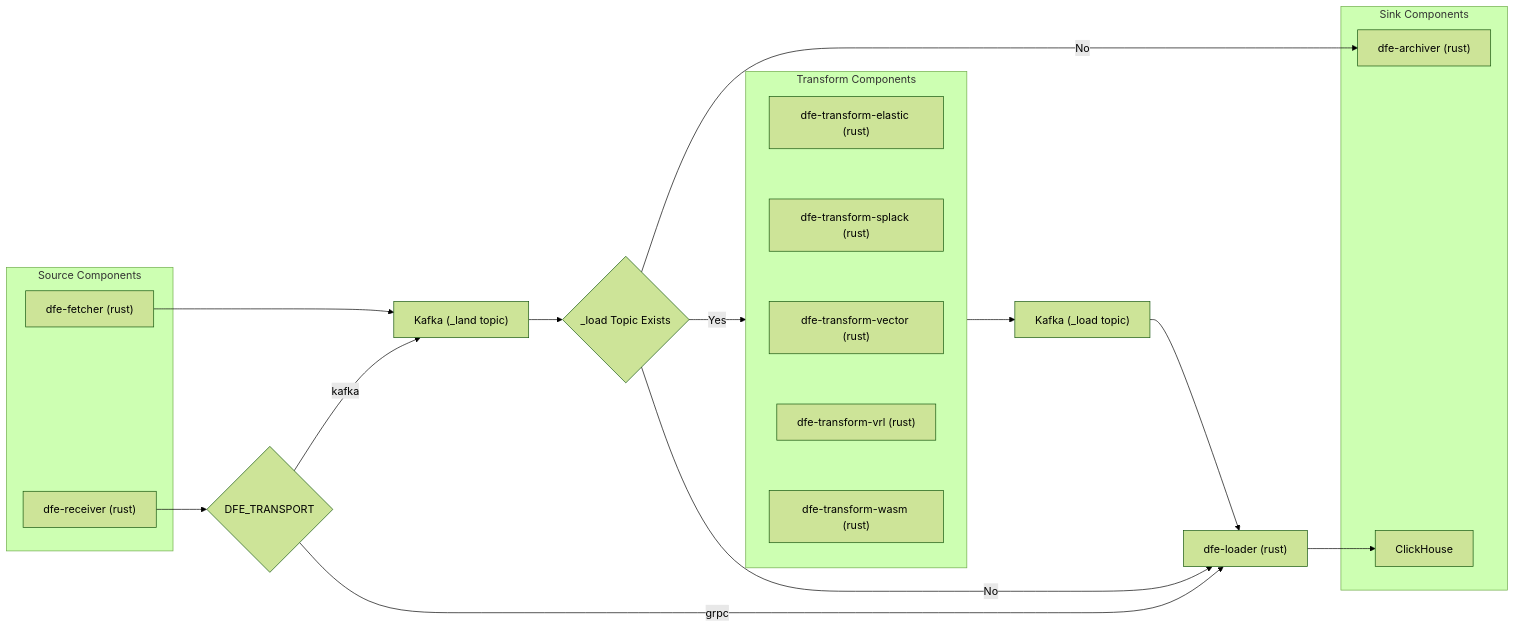
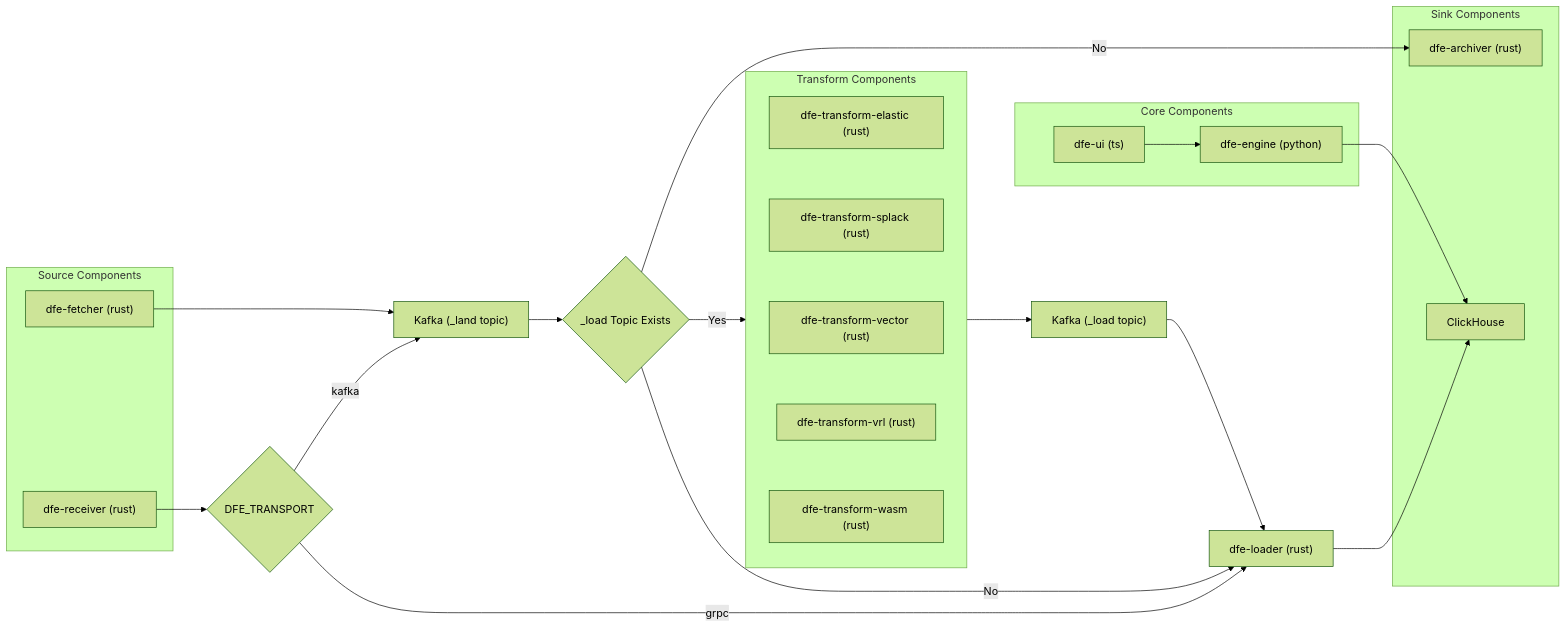
Before and after one commit to hyperi-io/dfe-docker: the diagram in docs/SCOPE.md, drawn with Mermaid (forest theme). The commit also changed other lines of this file and 1 other file, not shown here.

Commit message:
fix: Update doco and add point to dfe-engine

````diff
--- a/docs/SCOPE.md
+++ b/docs/SCOPE.md
@@ -23,48 +13,59 @@
 ```mermaid
 flowchart LR
 	dfe_archiver["dfe-archiver (rust)"]
 	dfe_fetcher["dfe-fetcher (rust)"]
 	dfe_loader["dfe-loader (rust)"]
 	dfe_receiver["dfe-receiver (rust)"]
 	dfe_t_elastic["dfe-transform-elastic (rust)"]
 	dfe_t_splack["dfe-transform-splack (rust)"]
 	dfe_t_vector["dfe-transform-vector (rust)"]
 	dfe_t_vrl["dfe-transform-vrl (rust)"]
 	dfe_t_wasm["dfe-transform-wasm (rust)"]
 
 	clickhouse["ClickHouse"]
 	kafka_land["Kafka (_land topic)"]
 	kafka_load["Kafka (_load topic)"]
+
+	dfe_engine["dfe-engine (python)"]
+	dfe_ui["dfe-ui (ts)"]
 
 	c_dfe_transport{"DFE_TRANSPORT"}
 	c_load_topic_exists{"_load Topic Exists"}
 
 	subgraph source_components [Source Components]
 		dfe_fetcher
 		dfe_receiver
 	end
 
 	subgraph transform_components [Transform Components]
 		direction TB
 		dfe_t_elastic ~~~ dfe_t_splack ~~~ dfe_t_vector ~~~ dfe_t_vrl ~~~ dfe_t_wasm
 	end
 
 	subgraph sink_components [Sink Components]
 		dfe_archiver
 		clickhouse
 	end
 
+	subgraph core_components [Core Components]
+		dfe_engine
+		dfe_ui
+	end
+
 	dfe_receiver --> c_dfe_transport
 	c_dfe_transport -- grpc --> dfe_loader
 	c_dfe_transport -- kafka --> kafka_land
 	dfe_fetcher --> kafka_land
 
 	kafka_land --> c_load_topic_exists
 	c_load_topic_exists -- No --> dfe_archiver
 	c_load_topic_exists -- No --> dfe_loader
 	c_load_topic_exists -- Yes --> transform_components
 	transform_components --> kafka_load
 	kafka_load --> dfe_loader
 
 	dfe_loader --> clickhouse
+
+	dfe_ui --> dfe_engine
+	dfe_engine --> clickhouse
 ```
````
